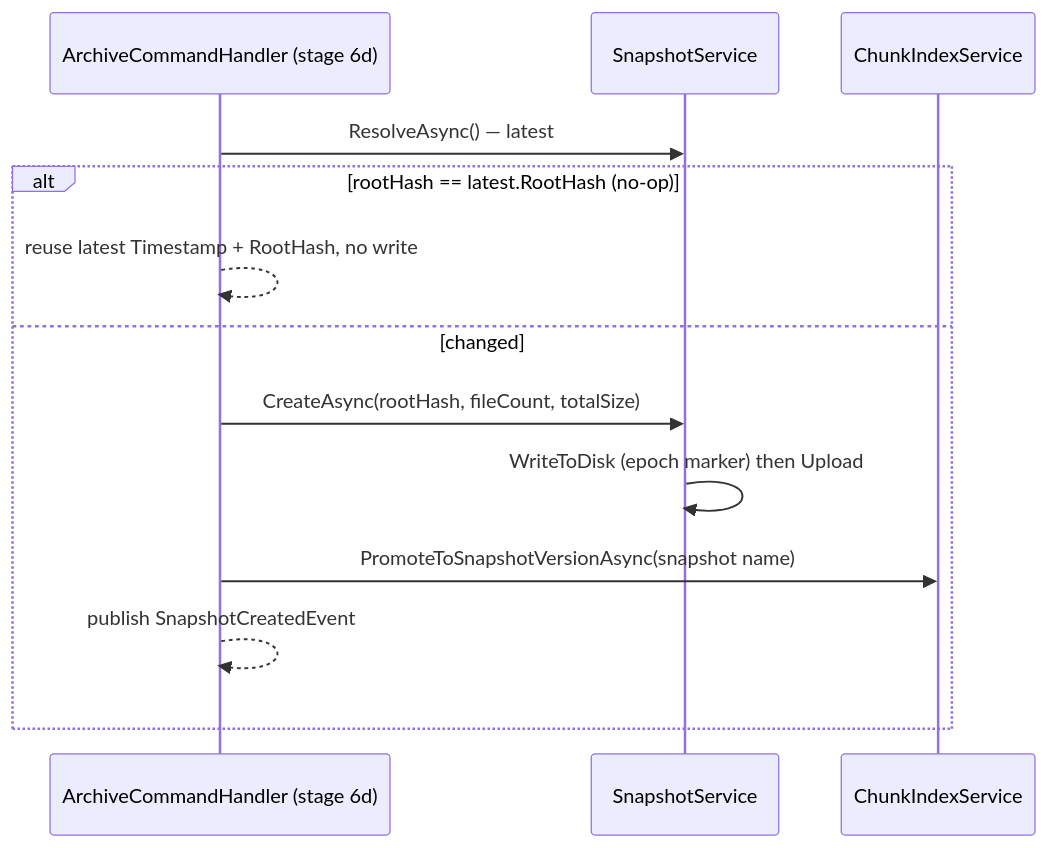
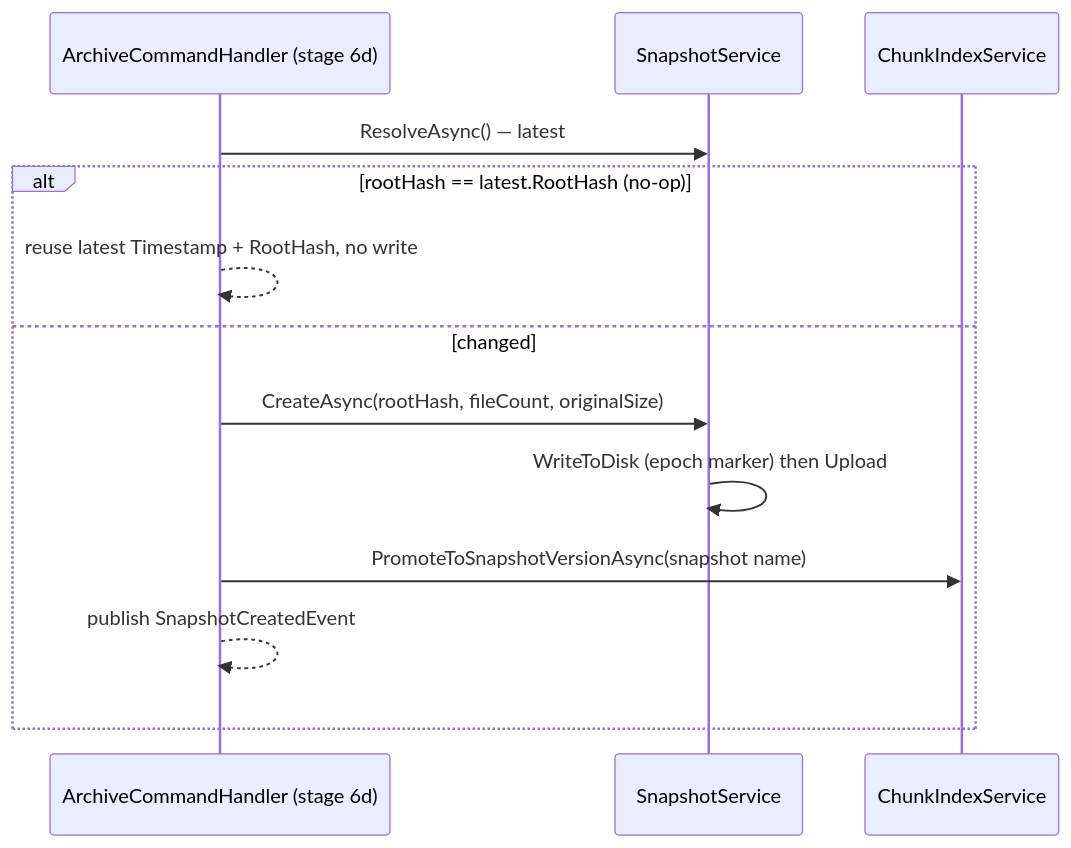
Before and after one commit to woutervanranst/Arius7: the second of 2 diagrams in docs/design/core/shared/snapshot.md, drawn with Mermaid. The commit also changed other lines of this file and 8 other files, not shown here.

````diff
--- a/docs/design/core/shared/snapshot.md
+++ b/docs/design/core/shared/snapshot.md
@@ -59,15 +59,15 @@
 ```mermaid
 sequenceDiagram
     participant H as ArchiveCommandHandler (stage 6d)
     participant S as SnapshotService
     participant CI as ChunkIndexService
     H->>S: ResolveAsync() — latest
     alt rootHash == latest.RootHash (no-op)
         H-->>H: reuse latest Timestamp + RootHash, no write
     else changed
-        H->>S: CreateAsync(rootHash, fileCount, totalSize)
+        H->>S: CreateAsync(rootHash, fileCount, originalSize)
         S->>S: WriteToDisk (epoch marker) then Upload
         H->>CI: PromoteToSnapshotVersionAsync(snapshot name)
         H-->>H: publish SnapshotCreatedEvent
     end
 ```
````
